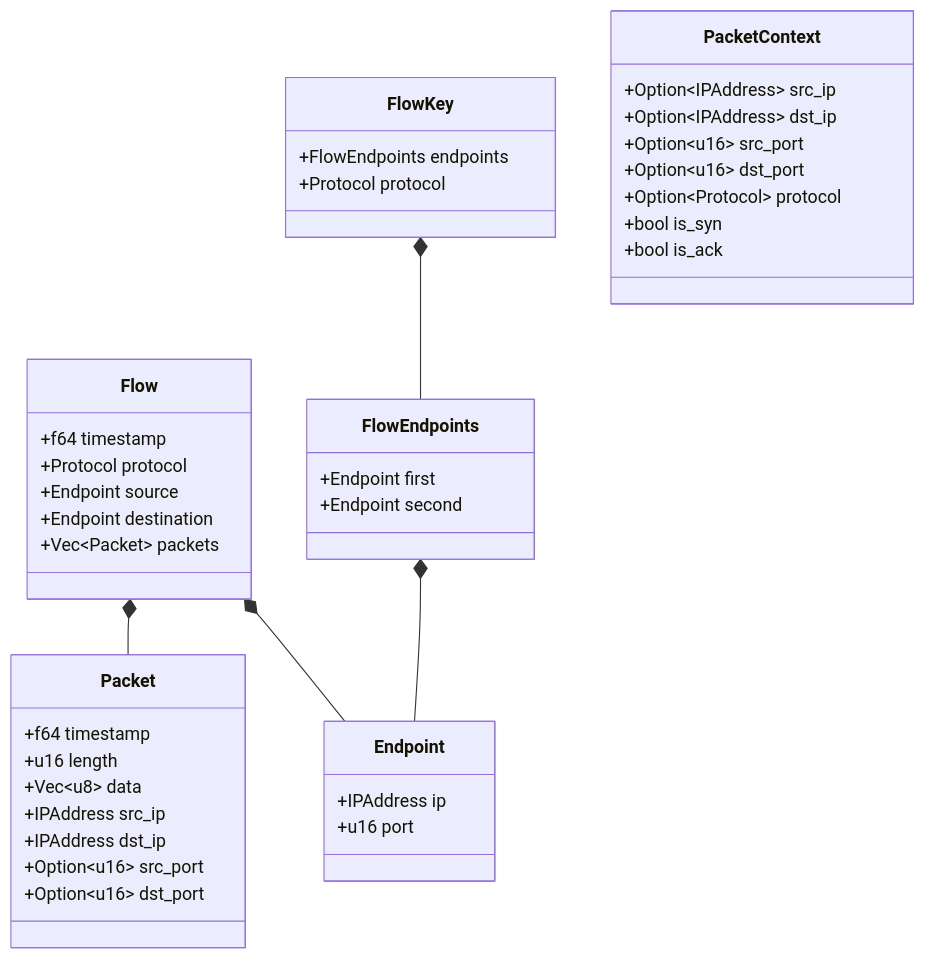
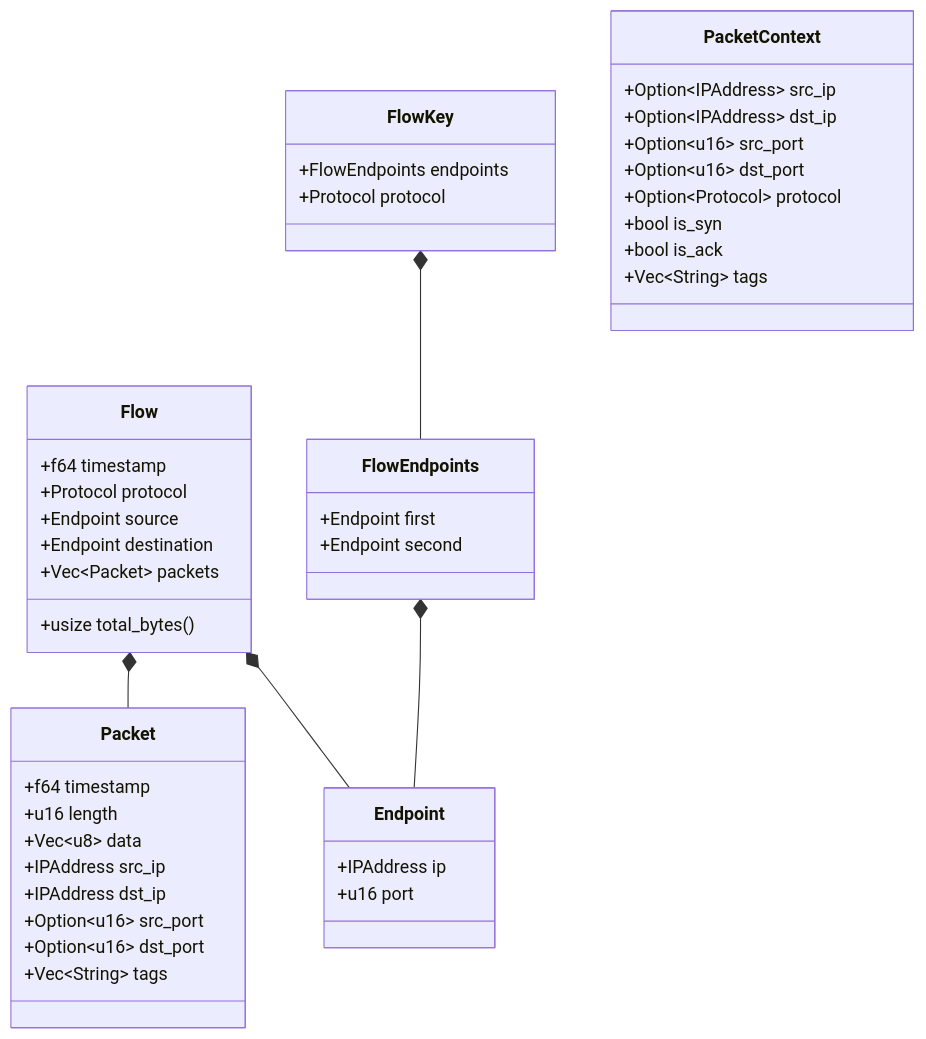
One commit to ehaughee/wirecrab changed the first of 3 diagrams in architecture.md. Above: the diagram before and after it, drawn with Mermaid. The commit also changed other lines of this file and 12 other files, not shown here.

````diff
--- a/architecture.md
+++ b/architecture.md
@@ -22,45 +20,48 @@
 ```mermaid
 classDiagram
     class Flow {
         +f64 timestamp
         +Protocol protocol
         +Endpoint source
         +Endpoint destination
         +Vec~Packet~ packets
+        +usize total_bytes()
     }
     class Packet {
         +f64 timestamp
         +u16 length
         +Vec~u8~ data
         +IPAddress src_ip
         +IPAddress dst_ip
         +Option~u16~ src_port
         +Option~u16~ dst_port
+        +Vec~String~ tags
     }
     class FlowKey {
         +FlowEndpoints endpoints
         +Protocol protocol
     }
     class FlowEndpoints {
         +Endpoint first
         +Endpoint second
     }
     class Endpoint {
         +IPAddress ip
         +u16 port
     }
     class PacketContext {
         +Option~IPAddress~ src_ip
         +Option~IPAddress~ dst_ip
         +Option~u16~ src_port
         +Option~u16~ dst_port
         +Option~Protocol~ protocol
         +bool is_syn
         +bool is_ack
+        +Vec~String~ tags
     }
 
     Flow *-- Endpoint
     Flow *-- Packet
     FlowKey *-- FlowEndpoints
     FlowEndpoints *-- Endpoint
 ```
````
